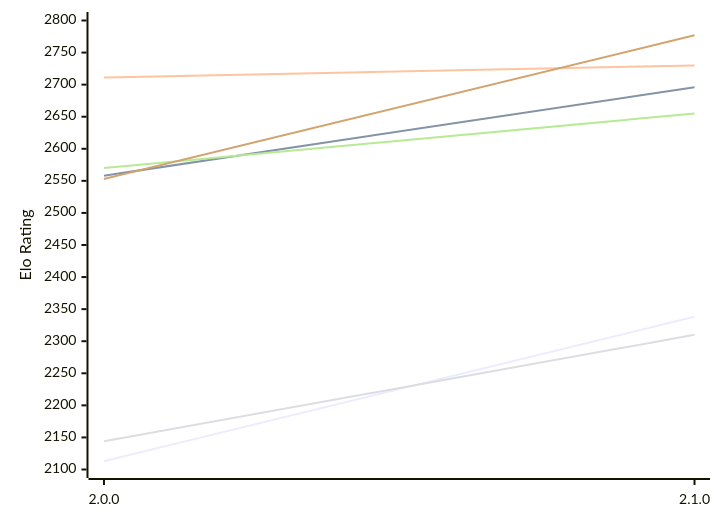
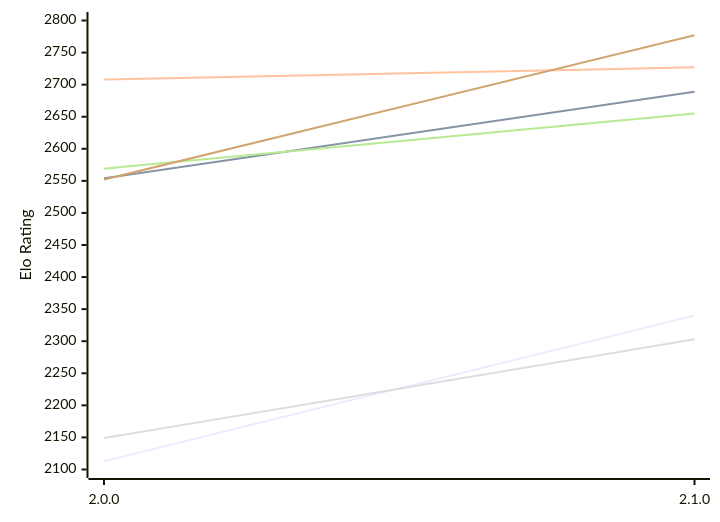
One commit to computer-chess-index/cci changed the first of 2 diagrams in engines/Ratsu.md. Above: the diagram before and after it, drawn with Mermaid. The commit also changed other lines of this file, not shown here.

Commit message:
Update CCI Ratings (ELO VLTC) - 2026-11-26

````diff
--- a/engines/Ratsu.md
+++ b/engines/Ratsu.md
@@ -54,12 +54,12 @@
 ```mermaid
 %%{init: {"theme":"base","themeVariables":{"seriesColors:['#a3a3a3','#222221','#faa371']}}}%%
 xychart-beta
   x-axis ["2.0.0", "2.1.0"]
   y-axis "Elo Rating" 2100 --> 2800
-  line "E1: STC (8.0+0.08s)" [2113, 2338]
-  line "E1: LTC (60.0+0.60s)" [2558, 2696]
-  line "E1: VLTC (2m24s+1.12s)" [2711, 2730]
-  line "P1: STC (8.0+0.08s)" [2144, 2310]
-  line "P1: LTC (60.0+0.60s)" [2570, 2655]
-  line "P1: VLTC (2m24s+1.12s)" [2553, 2777]
+  line "E1: STC (8.0+0.08s)" [2113, 2340]
+  line "E1: LTC (60.0+0.60s)" [2554, 2689]
+  line "E1: VLTC (2m24s+1.12s)" [2708, 2727]
+  line "P1: STC (8.0+0.08s)" [2149, 2303]
+  line "P1: LTC (60.0+0.60s)" [2569, 2655]
+  line "P1: VLTC (2m24s+1.12s)" [2552, 2777]
 ```
````
